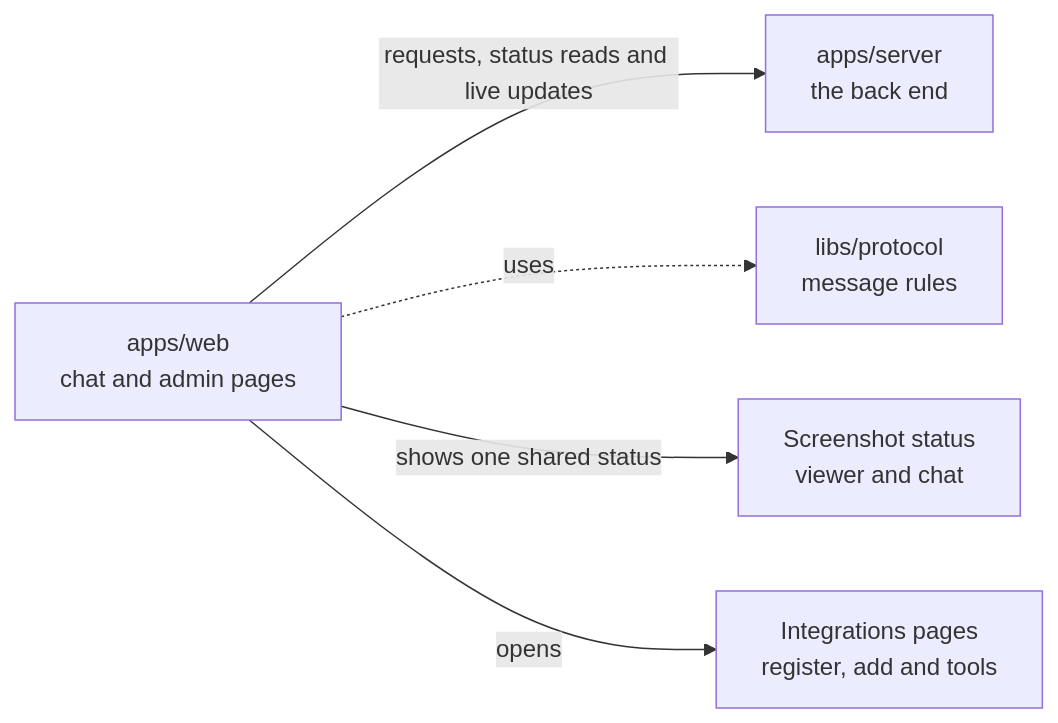
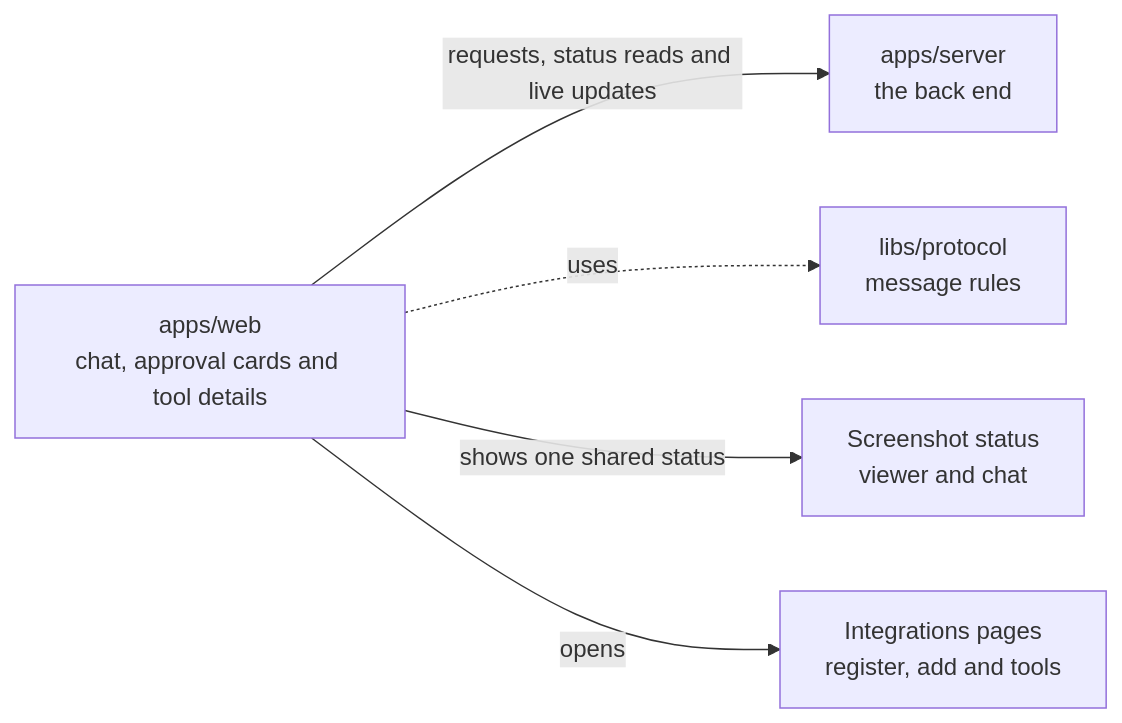
The diagram in apps/web/README.md (elewa-git/opencrane-new), drawn with Mermaid before and after one commit. The commit also changed other lines of this file and 75 other files, not shown here.

Commit message:
🧾 Show approval decisions in chat

````diff
--- a/apps/web/README.md
+++ b/apps/web/README.md
@@ -11,7 +11,7 @@
 ```mermaid
 flowchart LR
-  web["apps/web<br/>chat and admin pages"] -->|requests, status reads and live updates| server["apps/server<br/>the back end"]
+  web["apps/web<br/>chat, approval cards and tool details"] -->|requests, status reads and live updates| server["apps/server<br/>the back end"]
   web -.->|uses| protocol["libs/protocol<br/>message rules"]
   web -->|shows one shared status| capture["Screenshot status<br/>viewer and chat"]
   web -->|opens| integrations["Integrations pages<br/>register, add and tools"]
 ```
````
